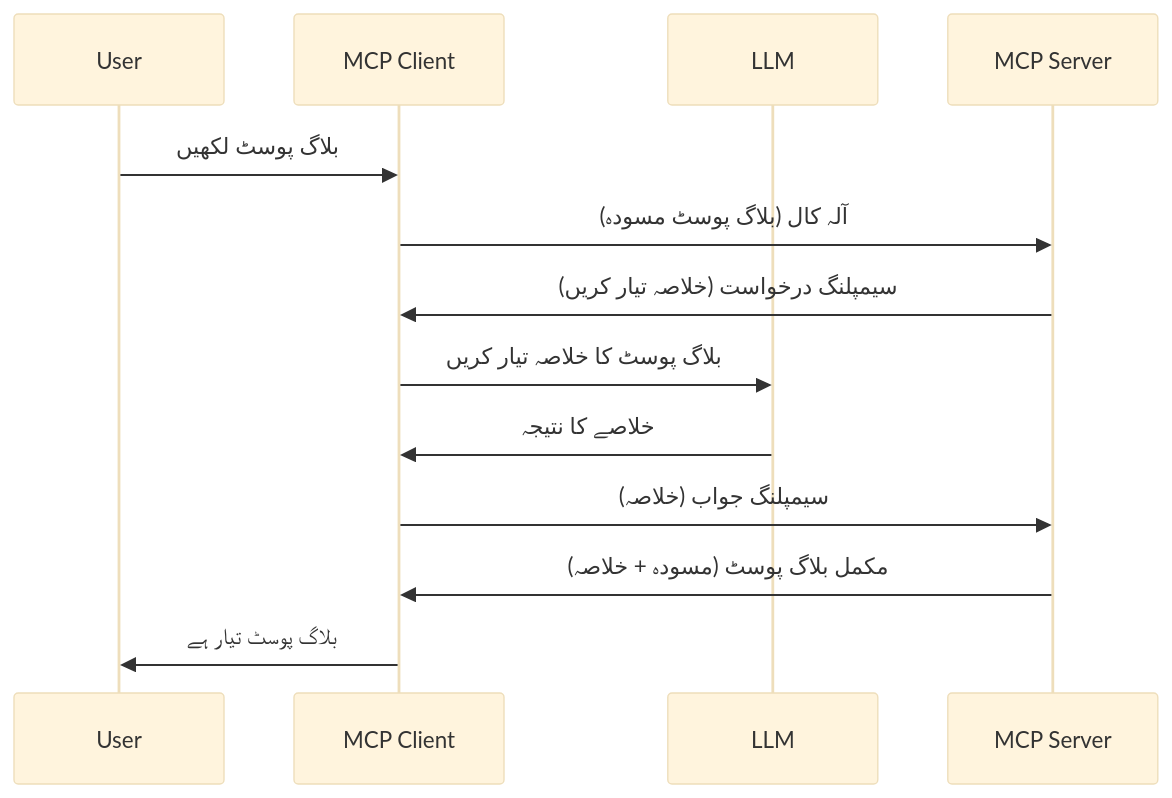
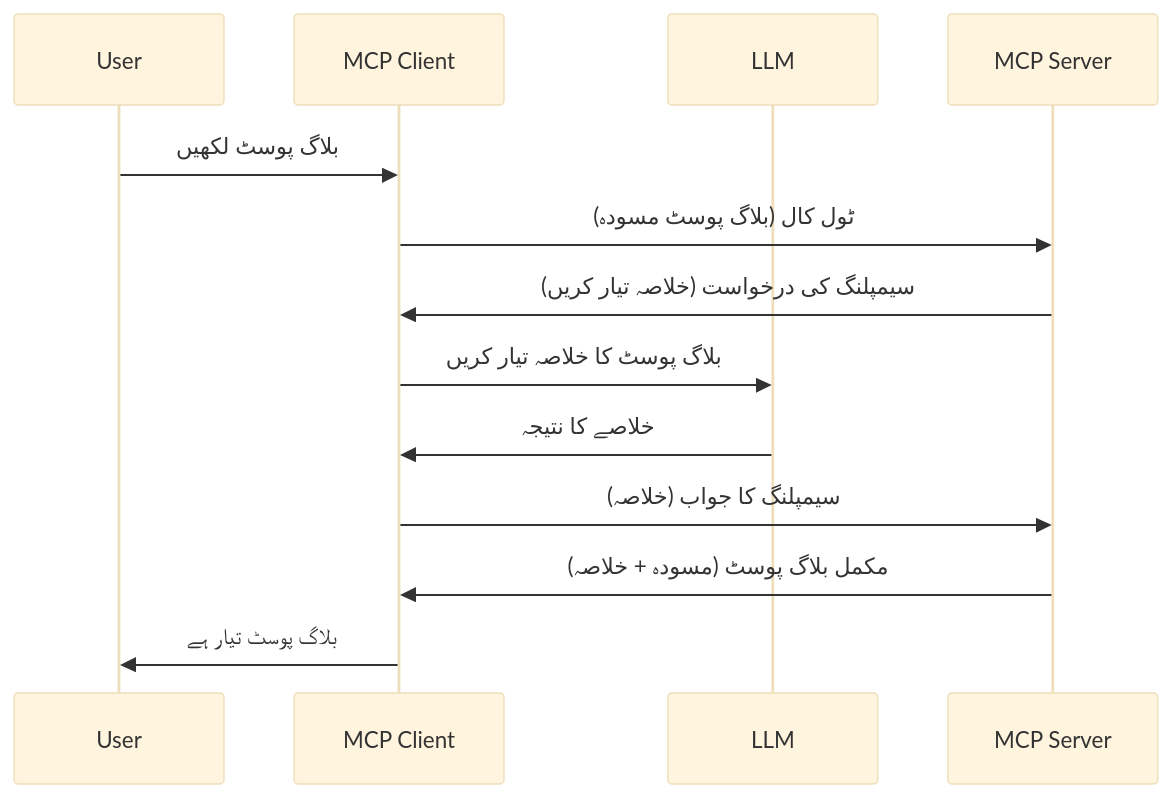
One commit to HIDORAKAI002/ai-workspace-archive changed the diagram in mcp_ecosystem__model_context_protocol/mcp_learning_resources/mcp-for-beginners/translations/ur/03-GettingStarted/14-sampling/README.md. Above: the diagram before and after it, drawn with Mermaid (base theme). The commit also changed other lines of this file and 1539 other files, not shown here.

````diff
--- a/mcp_ecosystem__model_context_protocol/mcp_learning_resources/mcp-for-beginners/translations/ur/03-GettingStarted/14-sampling/README.md
+++ b/mcp_ecosystem__model_context_protocol/mcp_learning_resources/mcp-for-beginners/translations/ur/03-GettingStarted/14-sampling/README.md
@@ -23,16 +23,16 @@
 ```mermaid
 sequenceDiagram
     participant User
     participant MCP Client
     participant LLM
     participant MCP Server
 
     User->>MCP Client: بلاگ پوسٹ لکھیں
-    MCP Client->>MCP Server: آلہ کال (بلاگ پوسٹ مسودہ)
-    MCP Server->>MCP Client: سیمپلنگ درخواست (خلاصہ تیار کریں)
+    MCP Client->>MCP Server: ٹول کال (بلاگ پوسٹ مسودہ)
+    MCP Server->>MCP Client: سیمپلنگ کی درخواست (خلاصہ تیار کریں)
     MCP Client->>LLM: بلاگ پوسٹ کا خلاصہ تیار کریں
     LLM->>MCP Client: خلاصے کا نتیجہ
-    MCP Client->>MCP Server: سیمپلنگ جواب (خلاصہ)
+    MCP Client->>MCP Server: سیمپلنگ کا جواب (خلاصہ)
     MCP Server->>MCP Client: مکمل بلاگ پوسٹ (مسودہ + خلاصہ)
     MCP Client->>User: بلاگ پوسٹ تیار ہے
 ```
````
